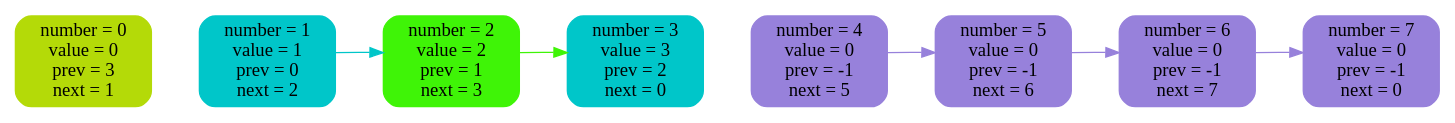
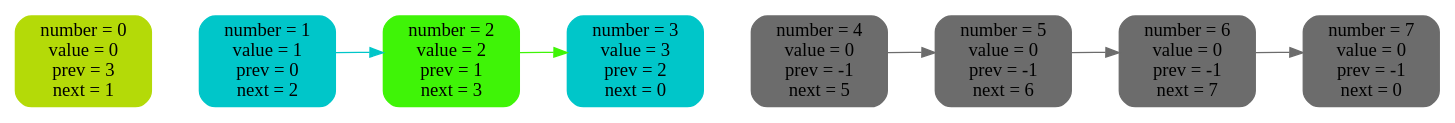
One commit to 2210223t-lang/2-linked-list changed the diagram in list_log/img/4.dot. Above: the diagram before and after it, drawn with Graphviz. The commit also changed 20 other files, not shown here.

```diff
--- a/list_log/img/4.dot
+++ b/list_log/img/4.dot
@@ -1,23 +1,23 @@
 digraph {
 rankdir = LR
 n0 [ label = "number = 0\nvalue = 0\nprev = 3\nnext = 1", shape = Mrecord, fontsize = 14,style = filled, color = "#b4da08" ]
 n1 [ label = "number = 1\nvalue = 1\nprev = 0\nnext = 2", shape = Mrecord, fontsize = 14,style = filled, color = "#00c6c9" ]
 n2 [ label = "number = 2\nvalue = 2\nprev = 1\nnext = 3", shape = Mrecord, fontsize = 14,style = filled, color = "#3ff407" ]
 n3 [ label = "number = 3\nvalue = 3\nprev = 2\nnext = 0", shape = Mrecord, fontsize = 14,style = filled, color = "#00c6c9" ]
-n4 [ label = "number = 4\nvalue = 0\nprev = -1\nnext = 5", shape = Mrecord, fontsize = 14,style = filled, color = "#9781db" ]
-n5 [ label = "number = 5\nvalue = 0\nprev = -1\nnext = 6", shape = Mrecord, fontsize = 14,style = filled, color = "#9781db" ]
-n6 [ label = "number = 6\nvalue = 0\nprev = -1\nnext = 7", shape = Mrecord, fontsize = 14,style = filled, color = "#9781db" ]
-n7 [ label = "number = 7\nvalue = 0\nprev = -1\nnext = 0", shape = Mrecord, fontsize = 14,style = filled, color = "#9781db" ]
-n0 -> n1 [ style = invis, weight = 100 ]
-n1 -> n2 [ style = invis, weight = 100 ]
-n2 -> n3 [ style = invis, weight = 100 ]
-n3 -> n4 [ style = invis, weight = 100 ]
-n4 -> n5 [ style = invis, weight = 100 ]
-n5 -> n6 [ style = invis, weight = 100 ]
-n6 -> n7 [ style = invis, weight = 100 ]
-n1 -> n2 [style = filled, color = "#00c6c9" ]
-n2 -> n3 [style = filled, color = "#3ff407" ]
-n4 -> n5 [style = filled, color = "#9781db" ]
-n5 -> n6 [style = filled, color = "#9781db" ]
-n6 -> n7 [style = filled, color = "#9781db" ]
+n4 [ label = "number = 4\nvalue = 0\nprev = -1\nnext = 5", shape = Mrecord, fontsize = 14,style = filled, color = "#6c6c6c" ]
+n5 [ label = "number = 5\nvalue = 0\nprev = -1\nnext = 6", shape = Mrecord, fontsize = 14,style = filled, color = "#6c6c6c" ]
+n6 [ label = "number = 6\nvalue = 0\nprev = -1\nnext = 7", shape = Mrecord, fontsize = 14,style = filled, color = "#6c6c6c" ]
+n7 [ label = "number = 7\nvalue = 0\nprev = -1\nnext = 0", shape = Mrecord, fontsize = 14,style = filled, color = "#6c6c6c" ]
+n0 -> n1 [ style = invis, weight = 10000 ]
+n1 -> n2 [ style = invis, weight = 10000 ]
+n2 -> n3 [ style = invis, weight = 10000 ]
+n3 -> n4 [ style = invis, weight = 10000 ]
+n4 -> n5 [ style = invis, weight = 10000 ]
+n5 -> n6 [ style = invis, weight = 10000 ]
+n6 -> n7 [ style = invis, weight = 10000 ]
+n1 -> n2 [ style = filled, color = "#00c6c9" ]
+n2 -> n3 [ style = filled, color = "#3ff407" ]
+n4 -> n5 [ style = filled, color = "#6c6c6c" ]
+n5 -> n6 [ style = filled, color = "#6c6c6c" ]
+n6 -> n7 [ style = filled, color = "#6c6c6c" ]
 }
```
